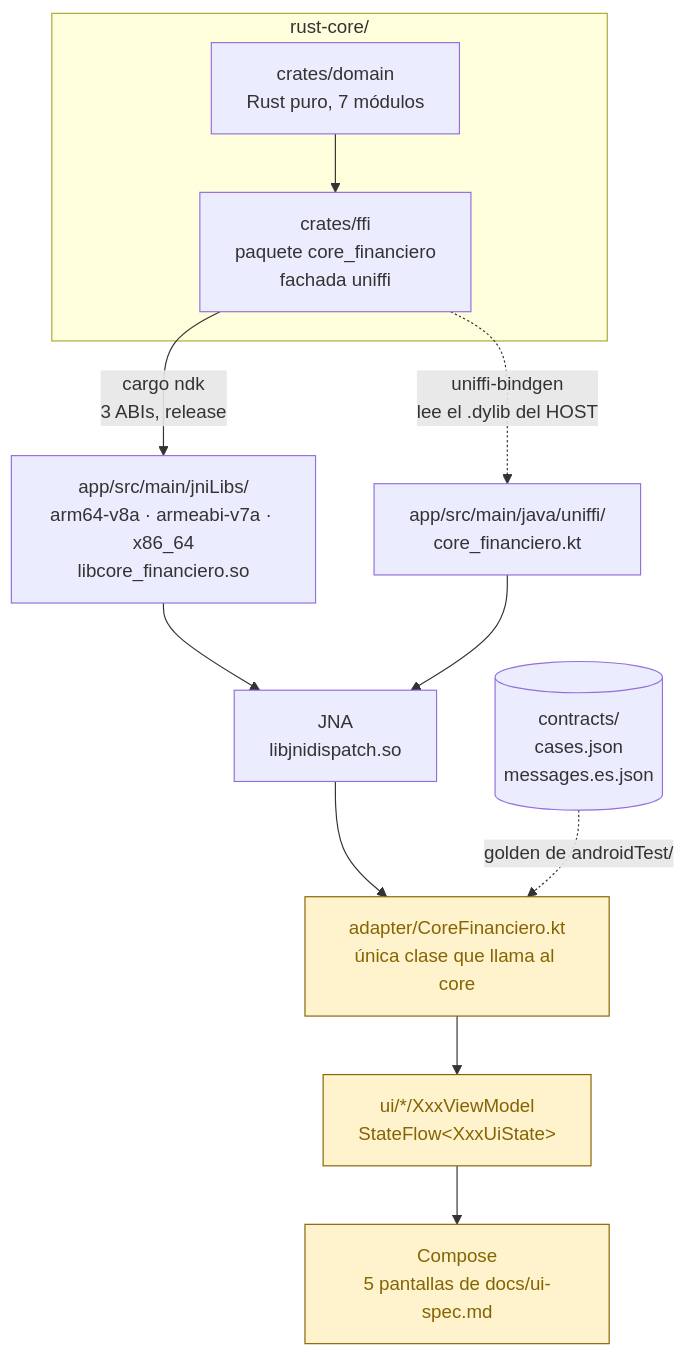
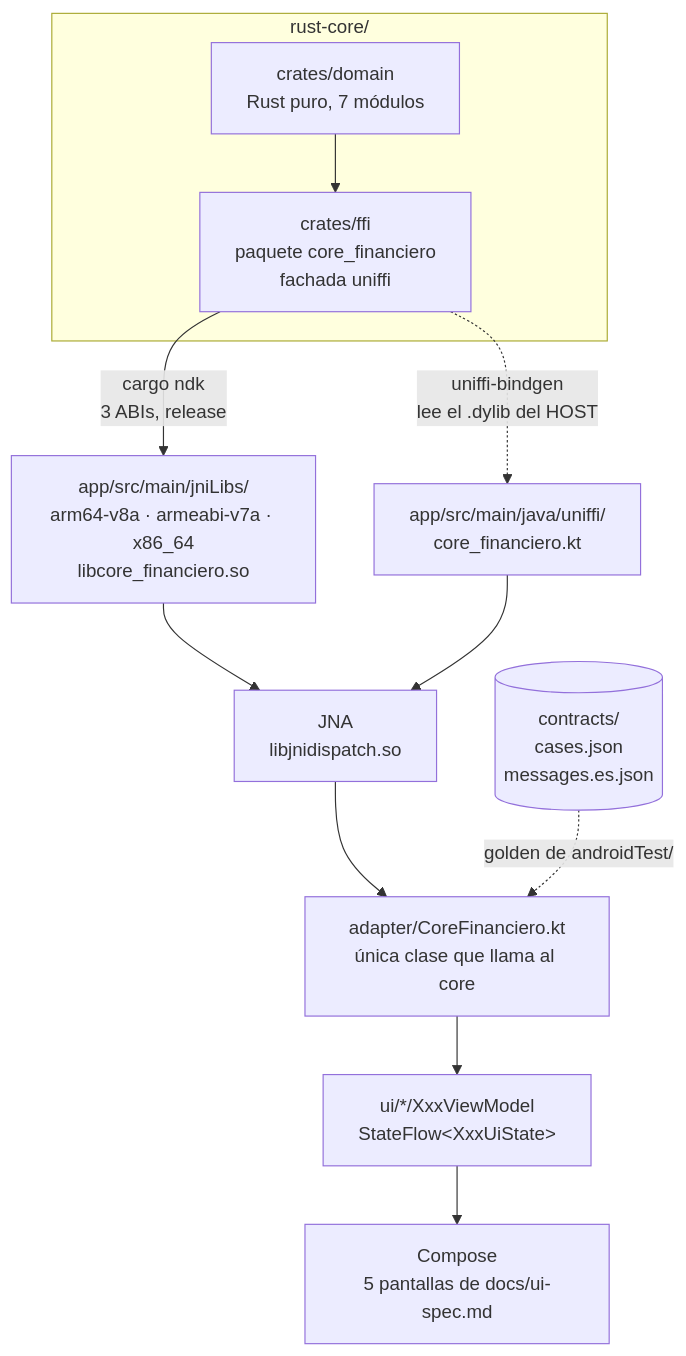
Before and after one commit to tohure/rust-core-cross-app: the diagram in apps/android/README.md, drawn with Mermaid. The commit also changed other lines of this file and 1 other file, not shown here.

````diff
--- a/apps/android/README.md
+++ b/apps/android/README.md
@@ -15,23 +14,21 @@
 ```mermaid
 flowchart TD
     subgraph core["rust-core/"]
         domain["crates/domain<br/>Rust puro, 7 módulos"]
         ffi["crates/ffi<br/>paquete core_financiero<br/>fachada uniffi"]
         domain --> ffi
     end
 
     ffi -->|"cargo ndk<br/>3 ABIs, release"| so["app/src/main/jniLibs/<br/>arm64-v8a · armeabi-v7a · x86_64<br/>libcore_financiero.so"]
     ffi -.->|"uniffi-bindgen<br/>lee el .dylib del HOST"| kt["app/src/main/java/uniffi/<br/>core_financiero.kt"]
 
     so --> jna["JNA<br/>libjnidispatch.so"]
     kt --> jna
     jna --> adapter["adapter/CoreFinanciero.kt<br/>única clase que llama al core"]
     adapter --> vm["ui/*/XxxViewModel<br/>StateFlow&lt;XxxUiState&gt;"]
     vm --> screens["Compose<br/>5 pantallas de docs/ui-spec.md"]
 
     contrato[("contracts/<br/>cases.json<br/>messages.es.json")]
     contrato -.->|"golden de androidTest/"| adapter
 
-    classDef pend fill:#fff3cd,stroke:#856404,color:#856404
-    class adapter,vm,screens pend
 ```
````
